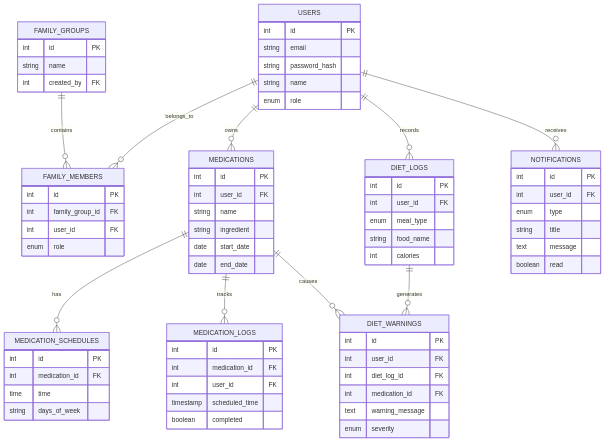
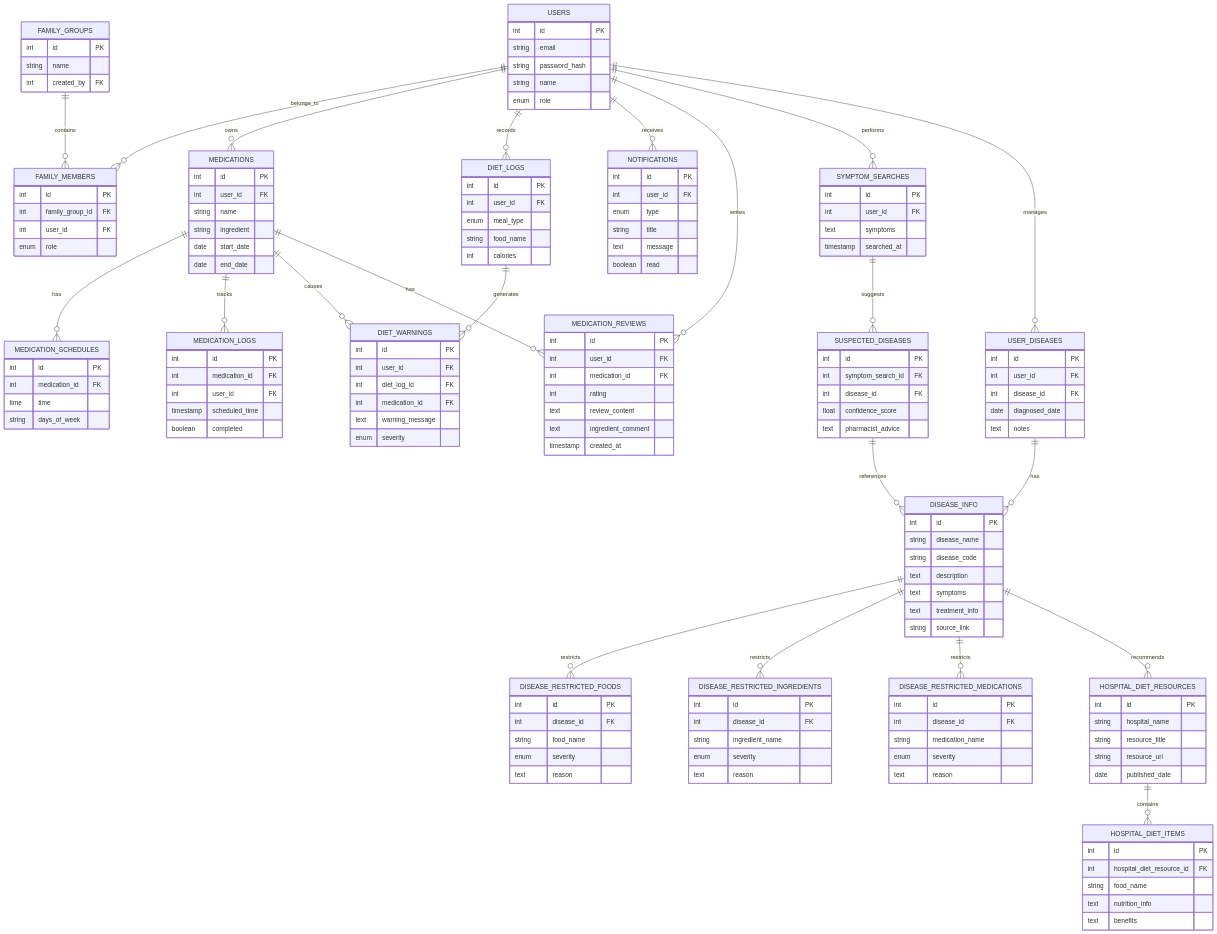
The diagram in diagrams/07-database-erd.mmd (KOSA2025-FINAL-PROJECT-TEAM3/.github), drawn with Mermaid before and after one commit. The commit also changed 8 other files, not shown here.

First line of the commit message:
Major architecture update: Replace Hocuspocus with Spring WebSocket/STOMP

```diff
--- a/diagrams/07-database-erd.mmd
+++ b/diagrams/07-database-erd.mmd
@@ -1,81 +1,176 @@
 erDiagram
     USERS ||--o{ FAMILY_MEMBERS : belongs_to
     FAMILY_GROUPS ||--o{ FAMILY_MEMBERS : contains
     USERS ||--o{ MEDICATIONS : owns
     MEDICATIONS ||--o{ MEDICATION_SCHEDULES : has
     MEDICATIONS ||--o{ MEDICATION_LOGS : tracks
     USERS ||--o{ DIET_LOGS : records
     DIET_LOGS ||--o{ DIET_WARNINGS : generates
     MEDICATIONS ||--o{ DIET_WARNINGS : causes
     USERS ||--o{ NOTIFICATIONS : receives
+    USERS ||--o{ MEDICATION_REVIEWS : writes
+    MEDICATIONS ||--o{ MEDICATION_REVIEWS : has
+    USERS ||--o{ SYMPTOM_SEARCHES : performs
+    SYMPTOM_SEARCHES ||--o{ SUSPECTED_DISEASES : suggests
+    SUSPECTED_DISEASES ||--o{ DISEASE_INFO : references
+    USERS ||--o{ USER_DISEASES : manages
+    USER_DISEASES ||--o{ DISEASE_INFO : has
+    DISEASE_INFO ||--o{ DISEASE_RESTRICTED_FOODS : restricts
+    DISEASE_INFO ||--o{ DISEASE_RESTRICTED_INGREDIENTS : restricts
+    DISEASE_INFO ||--o{ DISEASE_RESTRICTED_MEDICATIONS : restricts
+    HOSPITAL_DIET_RESOURCES ||--o{ HOSPITAL_DIET_ITEMS : contains
+    DISEASE_INFO ||--o{ HOSPITAL_DIET_RESOURCES : recommends
 
     USERS {
         int id PK
         string email
         string password_hash
         string name
         enum role
     }
 
     FAMILY_GROUPS {
         int id PK
         string name
         int created_by FK
     }
 
     FAMILY_MEMBERS {
         int id PK
         int family_group_id FK
         int user_id FK
         enum role
     }
 
     MEDICATIONS {
         int id PK
         int user_id FK
         string name
         string ingredient
         date start_date
         date end_date
     }
 
     MEDICATION_SCHEDULES {
         int id PK
         int medication_id FK
         time time
         string days_of_week
     }
 
     MEDICATION_LOGS {
         int id PK
         int medication_id FK
         int user_id FK
         timestamp scheduled_time
         boolean completed
     }
 
     DIET_LOGS {
         int id PK
         int user_id FK
         enum meal_type
         string food_name
         int calories
     }
 
     DIET_WARNINGS {
         int id PK
         int user_id FK
         int diet_log_id FK
         int medication_id FK
         text warning_message
         enum severity
     }
 
     NOTIFICATIONS {
         int id PK
         int user_id FK
         enum type
         string title
         text message
         boolean read
     }
+
+    MEDICATION_REVIEWS {
+        int id PK
+        int user_id FK
+        int medication_id FK
+        int rating
+        text review_content
+        text ingredient_comment
+        timestamp created_at
+    }
+
+    SYMPTOM_SEARCHES {
+        int id PK
+        int user_id FK
+        text symptoms
+        timestamp searched_at
+    }
+
+    SUSPECTED_DISEASES {
+        int id PK
+        int symptom_search_id FK
+        int disease_id FK
+        float confidence_score
+        text pharmacist_advice
+    }
+
+    DISEASE_INFO {
+        int id PK
+        string disease_name
+        string disease_code
+        text description
+        text symptoms
+        text treatment_info
+        string source_link
+    }
+
+    USER_DISEASES {
+        int id PK
+        int user_id FK
+        int disease_id FK
+        date diagnosed_date
+        text notes
+    }
+
+    DISEASE_RESTRICTED_FOODS {
+        int id PK
+        int disease_id FK
+        string food_name
+        enum severity
+        text reason
+    }
+
+    DISEASE_RESTRICTED_INGREDIENTS {
+        int id PK
+        int disease_id FK
+        string ingredient_name
+        enum severity
+        text reason
+    }
+
+    DISEASE_RESTRICTED_MEDICATIONS {
+        int id PK
+        int disease_id FK
+        string medication_name
+        enum severity
+        text reason
+    }
+
+    HOSPITAL_DIET_RESOURCES {
+        int id PK
+        string hospital_name
+        string resource_title
+        string resource_url
+        date published_date
+    }
+
+    HOSPITAL_DIET_ITEMS {
+        int id PK
+        int hospital_diet_resource_id FK
+        string food_name
+        text nutrition_info
+        text benefits
+    }
```
